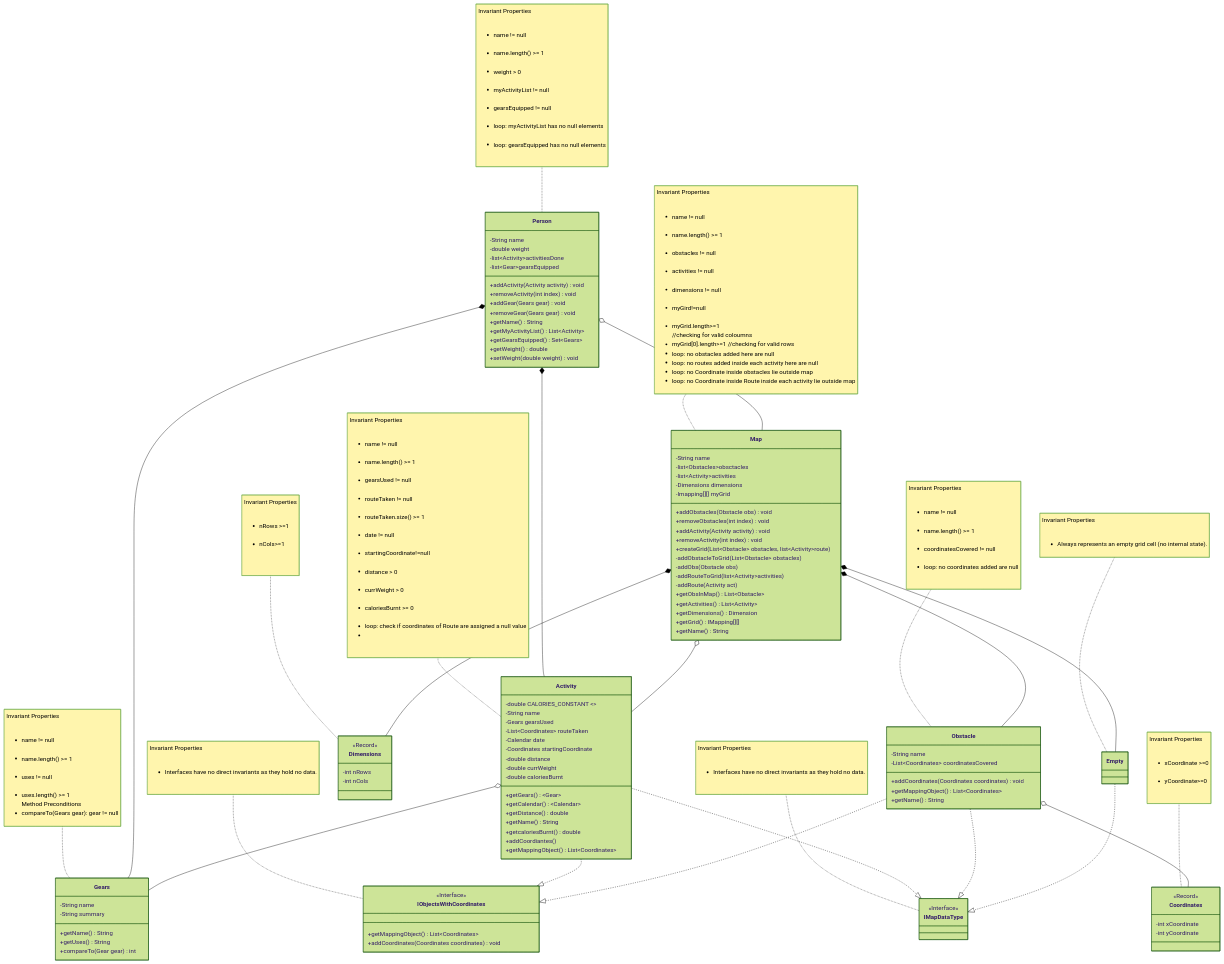
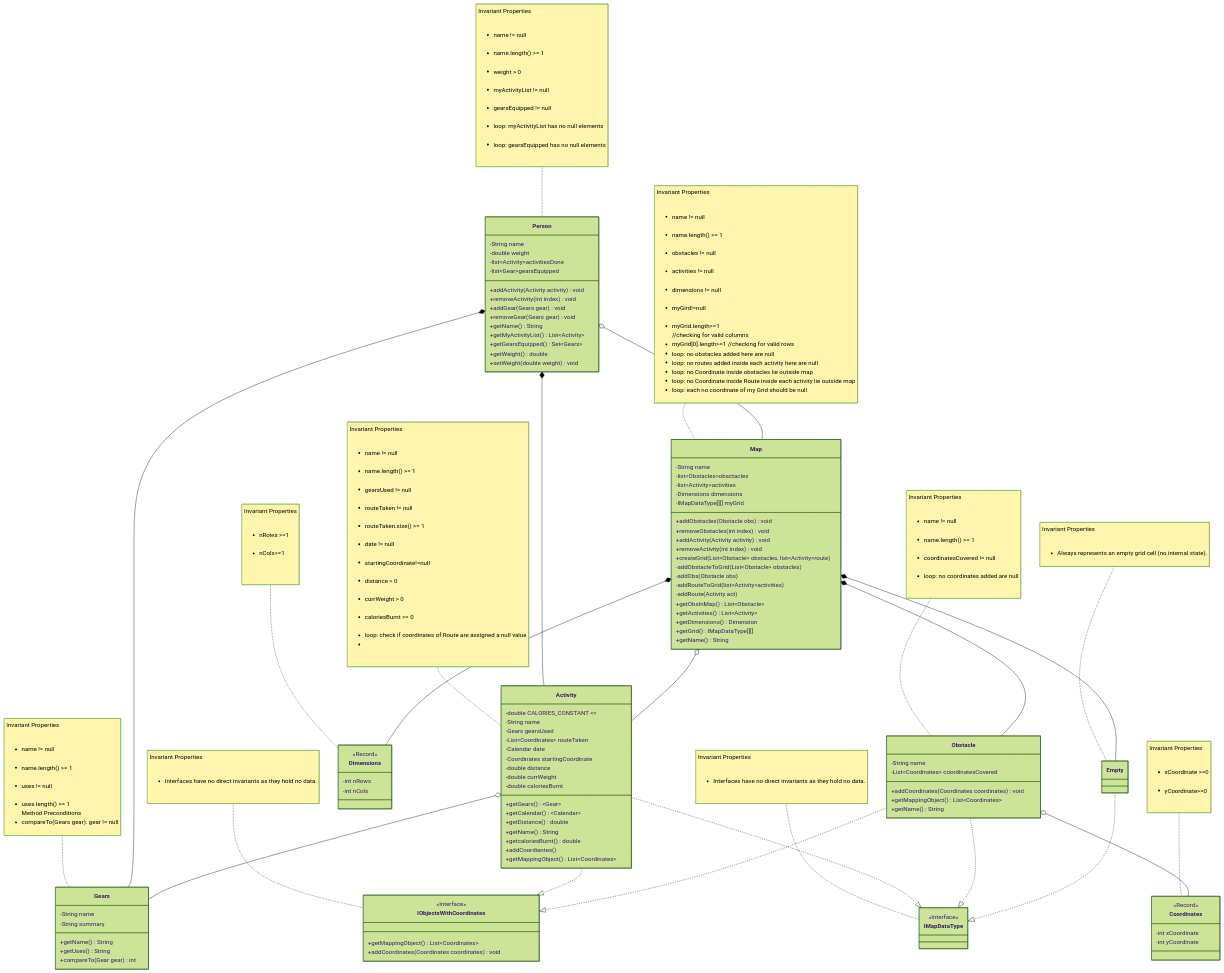
The diagram in README.md (umangmehta0007/Excercise_Tracker), drawn with Mermaid (forest theme) before and after one commit. The commit also changed other lines of this file and 1 other file, not shown here.

Commit message:
One new interfaces were added which include an interface for all objects which required coordiantes on the map that were Route and Obstacle.
Other interface was changed to "MARKUP INTERFACE " only which marks the stuff on map, Obstacle, Route, EMPTY

New class EMPTY, because a null state as said by franklin is always for something which is not correct, so a new class was introduced as EMPTY which was assigned inside the map constructor and all spaces were assigned empty before we add anything on map.

No coordiates were given in empty as per YAGNI, and no invariants too.

```diff
--- a/README.md
+++ b/README.md
@@ -139,13 +139,14 @@
     <li>activities != null</li>
     <li>dimensions != null</li>
     <li>myGird!=null</li>
-    <li>myGrid.length>=1</li> //checking for valid coloumns
+    <li>myGrid.length>=1</li> //checking for valid columns
     <li>myGrid[0].length>=1 //checking for valid rows
     
     <li>loop: no obstacles added here are null</li>
     <li>loop: no routes added inside each activity here are null</li>
     <li>loop: no Coordinate inside obstacles lie outside map</li>
     <li>loop: no Coordinate inside Route inside each activity lie outside map</li>
+    <li> loop: each no coordinate of my Grid should be null </li>
     </ul>
         "
     class Map{
@@ -154,7 +155,7 @@
         -list~Obstacles~obsctacles
         -list~Activity~activities
         -Dimensions dimensions
-        -Imapping[][] myGrid
+        -IMapDataType[][] myGrid
 
         +addObstacles(Obstacle obs) void
         +removeObstacles(int index) void
@@ -170,7 +171,7 @@
         +getObsInMap() List~Obstacle~
         +getActivities() List~Activity~
         +getDimensions() Dimension
-        +getGrid() IMapping[][]
+        +getGrid() IMapDataType[][]
         +getName() String
 
     }
```
